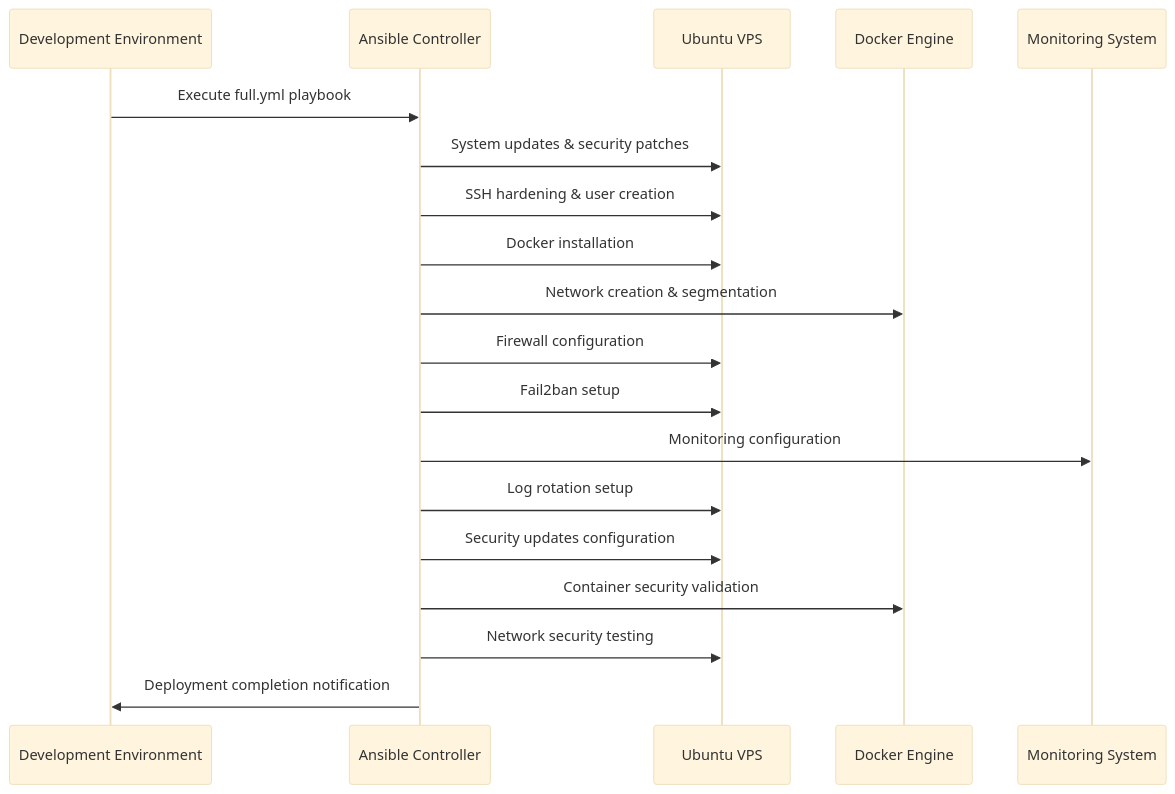
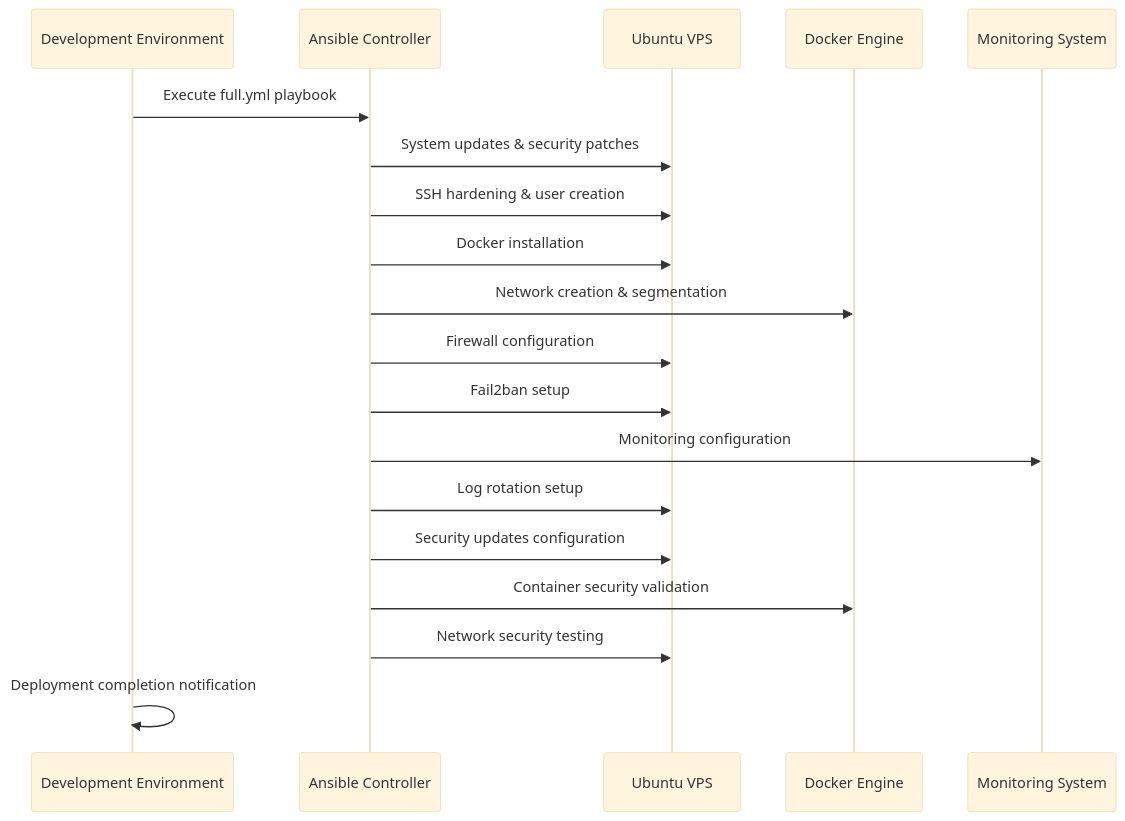
Before and after one commit to eduardoshanahan/devcontainers-deploy-docker: the fourth of 4 diagrams in documentation/ARCHITECTURE.md, drawn with Mermaid (base theme). The commit also changed other lines of this file and 71 other files, not shown here.

````diff
--- a/documentation/ARCHITECTURE.md
+++ b/documentation/ARCHITECTURE.md
@@ -208,22 +210,22 @@
 ```mermaid
 sequenceDiagram
     participant Dev as Development Environment
     participant Ansible as Ansible Controller
     participant Server as Ubuntu VPS
     participant Docker as Docker Engine
     participant Monitor as Monitoring System
 
     Dev->>Ansible: Execute full.yml playbook
     Ansible->>Server: System updates & security patches
     Ansible->>Server: SSH hardening & user creation
     Ansible->>Server: Docker installation
     Ansible->>Docker: Network creation & segmentation
     Ansible->>Server: Firewall configuration
     Ansible->>Server: Fail2ban setup
     Ansible->>Monitor: Monitoring configuration
     Ansible->>Server: Log rotation setup
     Ansible->>Server: Security updates configuration
     Ansible->>Docker: Container security validation
     Ansible->>Server: Network security testing
-    Ansible->>Dev: Deployment completion notification
+    Dev->>Dev: Deployment completion notification
 ```
````
